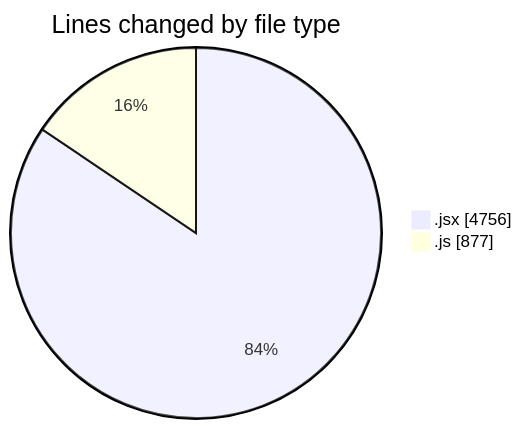
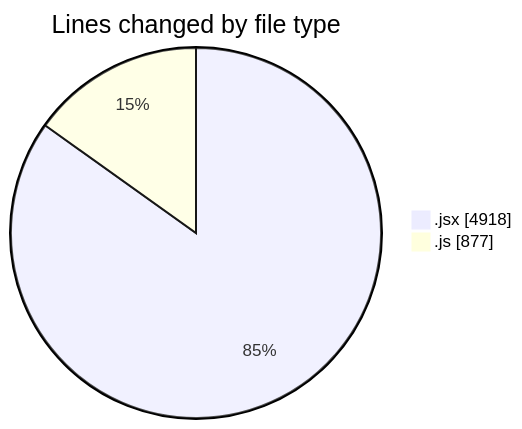
Before and after one commit to nxtqubesakshisongat/code-tracking: the first of 2 diagrams in 2025-07-21/nxtqube_webapp/README.md, drawn with Mermaid. The commit also changed other lines of this file and 1 other file, not shown here.

````diff
--- a/2025-07-21/nxtqube_webapp/README.md
+++ b/2025-07-21/nxtqube_webapp/README.md
@@ -28,6 +28,6 @@
 ```mermaid
 pie showData
 title Lines changed by file type
-".jsx" : 4756
+".jsx" : 4918
 ".js" : 877
 ```
````
